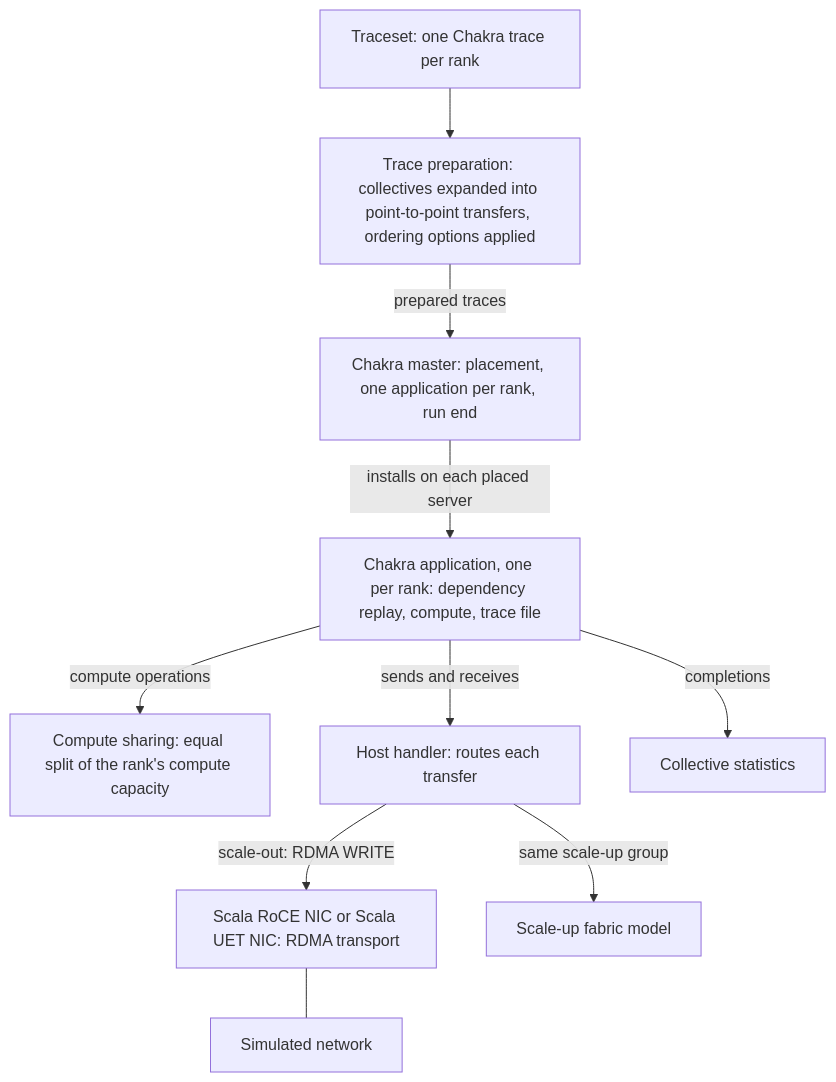
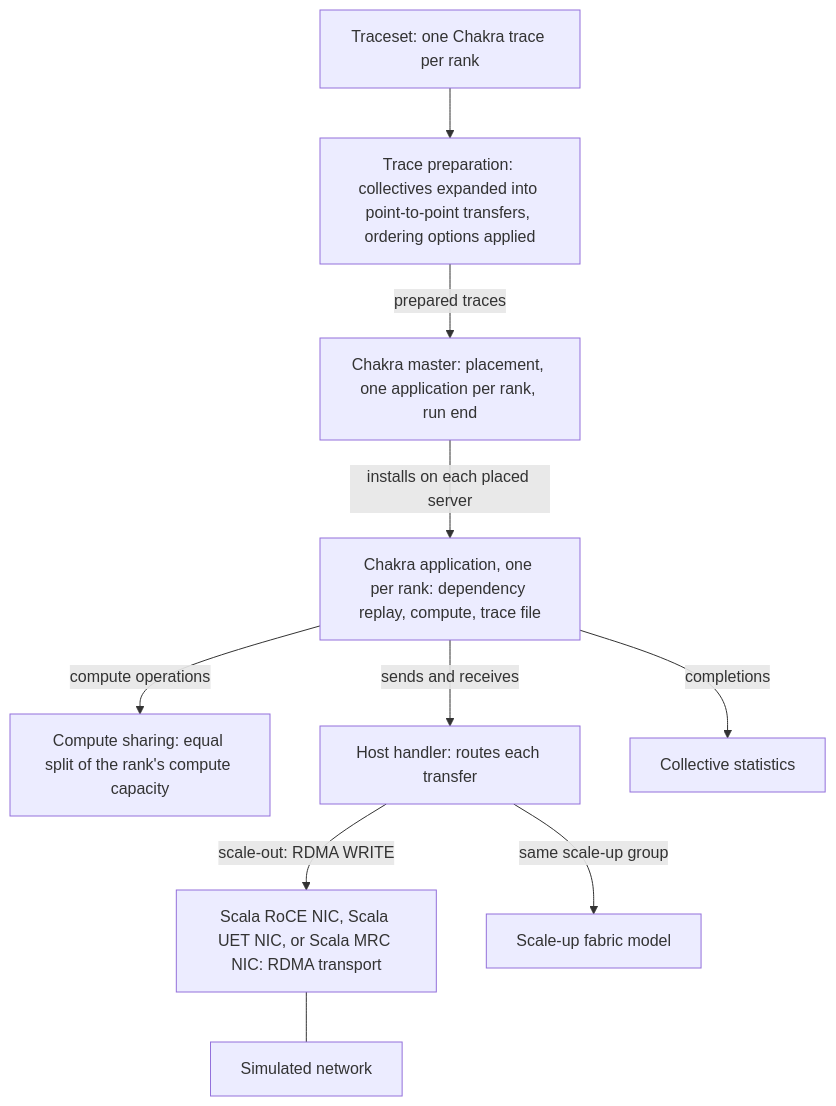
Before and after one commit to scala-computing/docs: the diagram in models/chakra-workload/index.md, drawn with Mermaid. The commit also changed other lines of this file and 24 other files, not shown here.

````diff
--- a/models/chakra-workload/index.md
+++ b/models/chakra-workload/index.md
@@ -37,22 +37,22 @@
 ```mermaid
 flowchart TB
   TS["Traceset: one Chakra trace per rank"]
   TP["Trace preparation: collectives expanded into point-to-point transfers, ordering options applied"]
   MA["Chakra master: placement, one application per rank, run end"]
   AP["Chakra application, one per rank: dependency replay, compute, trace file"]
   CS["Compute sharing: equal split of the rank's compute capacity"]
   HH["Host handler: routes each transfer"]
-  NIC["Scala RoCE NIC or Scala UET NIC: RDMA transport"]
+  NIC["Scala RoCE NIC, Scala UET NIC, or Scala MRC NIC: RDMA transport"]
   NET["Simulated network"]
   SU["Scale-up fabric model"]
   ST["Collective statistics"]
   TS --> TP
   TP -->|"prepared traces"| MA
   MA -->|"installs on each placed server"| AP
   AP -->|"compute operations"| CS
   AP -->|"sends and receives"| HH
   HH -->|"scale-out: RDMA WRITE"| NIC
   NIC --- NET
   HH -->|"same scale-up group"| SU
   AP -->|"completions"| ST
 ```
````
